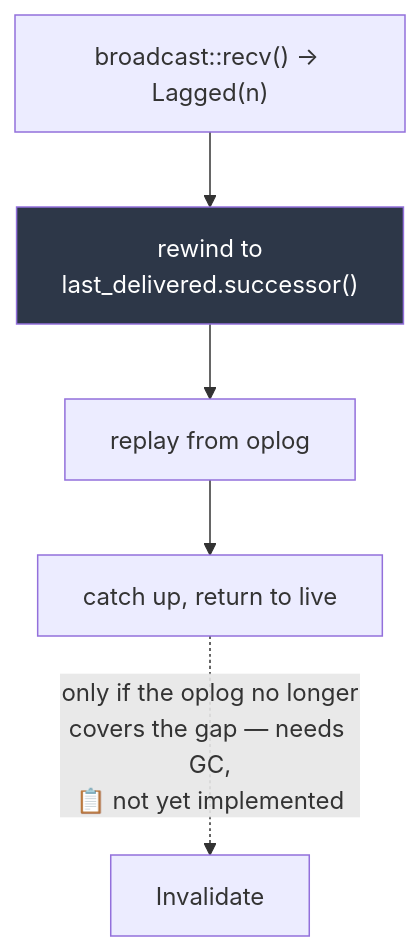
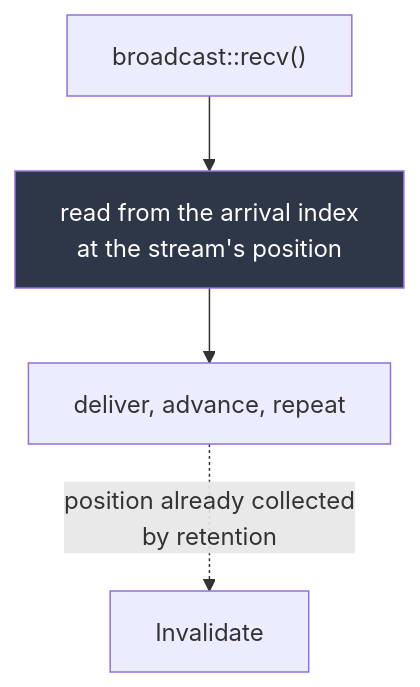
The third of 4 diagrams in docs/change-streams.md (titusai-io/kimmydb), drawn with Mermaid before and after one commit. The commit also changed other lines of this file and 13 other files, not shown here.

````diff
--- a/docs/change-streams.md
+++ b/docs/change-streams.md
@@ -133,9 +150,8 @@
 ```mermaid
 graph TB
-    L["broadcast::recv() → Lagged(n)"] --> R["rewind to<br/>last_delivered.successor()"]
-    R --> P["replay from oplog"]
-    P --> C["catch up, return to live"]
-    C -.->|"only if the oplog no longer<br/>covers the gap — needs GC,<br/>📋 not yet implemented"| I["Invalidate"]
+    L["broadcast::recv()"] --> R["read from the arrival index<br/>at the stream's position"]
+    R --> C["deliver, advance, repeat"]
+    C -.->|"position already collected<br/>by retention"| I["Invalidate"]
 
     style R fill:#2d3748,color:#fff
 ```
````
